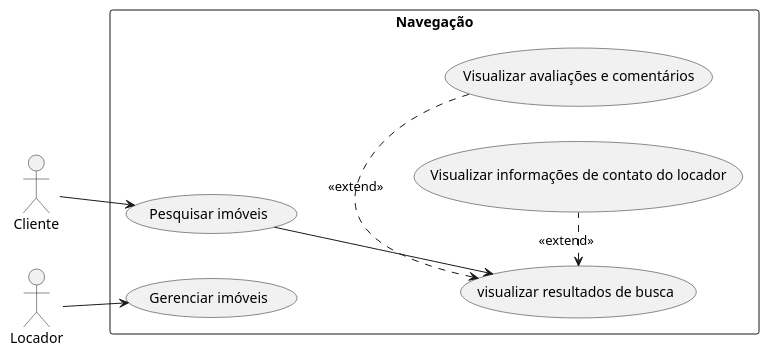
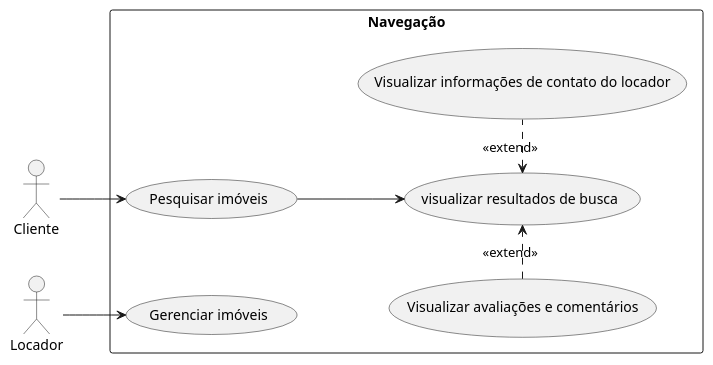
One commit to clarameira/SistemaImoveis changed the diagram in PROJETO APS/navegacao.iuml. Above: the diagram before and after it, drawn with PlantUML.

Commit message:
Update navegacao.iuml - Alinhando casos

```diff
--- a/PROJETO APS/navegacao.iuml
+++ b/PROJETO APS/navegacao.iuml
@@ -1,20 +1,20 @@
 @startuml
 left to right direction 
 
 :Cliente: as cliente
 :Locador: as locador
 
 rectangle "Navegação"{
 (Pesquisar imóveis) as UC1
 (visualizar resultados de busca) as UC2
 (Visualizar avaliações e comentários) as UC3
 (Visualizar informações de contato do locador) as UC4
 (Gerenciar imóveis) as UC5
 }
 
 cliente --> UC1
 UC1 --> UC2
-UC2 <. UC3 : <<extend>>
+UC2 <.left. UC3 : <<extend>>
 UC2 <. UC4 : <<extend>>
 locador --> UC5
 @enduml
```
